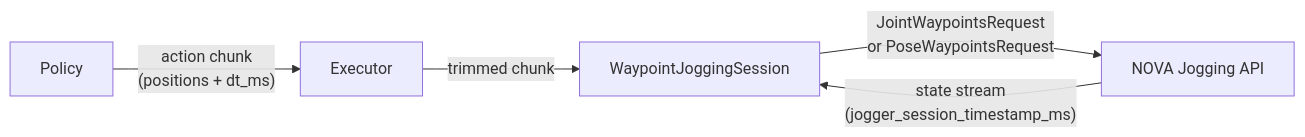
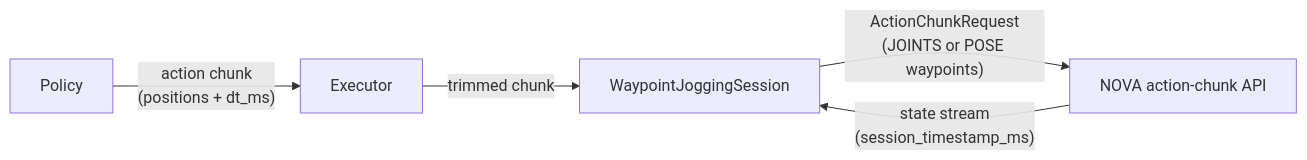
One commit to wandelbotsgmbh/wandelbots-nova changed the diagram in novapolicy/docs/executor.md. Above: the diagram before and after it, drawn with Mermaid. The commit also changed other lines of this file and 16 other files, not shown here.

Commit message:
refactor: migrate jogging to action chunk streaming

````diff
--- a/novapolicy/docs/executor.md
+++ b/novapolicy/docs/executor.md
@@ -9,7 +9,7 @@
 ```mermaid
 flowchart LR
     Policy["Policy"] -->|"action chunk\n(positions + dt_ms)"| Executor
     Executor -->|"trimmed chunk"| Session["WaypointJoggingSession"]
-    Session -->|"JointWaypointsRequest\nor PoseWaypointsRequest"| NOVA["NOVA Jogging API"]
-    NOVA -->|"state stream\n(jogger_session_timestamp_ms)"| Session
+    Session -->|"ActionChunkRequest\n(JOINTS or POSE waypoints)"| NOVA["NOVA action-chunk API"]
+    NOVA -->|"state stream\n(session_timestamp_ms)"| Session
 ```
````
